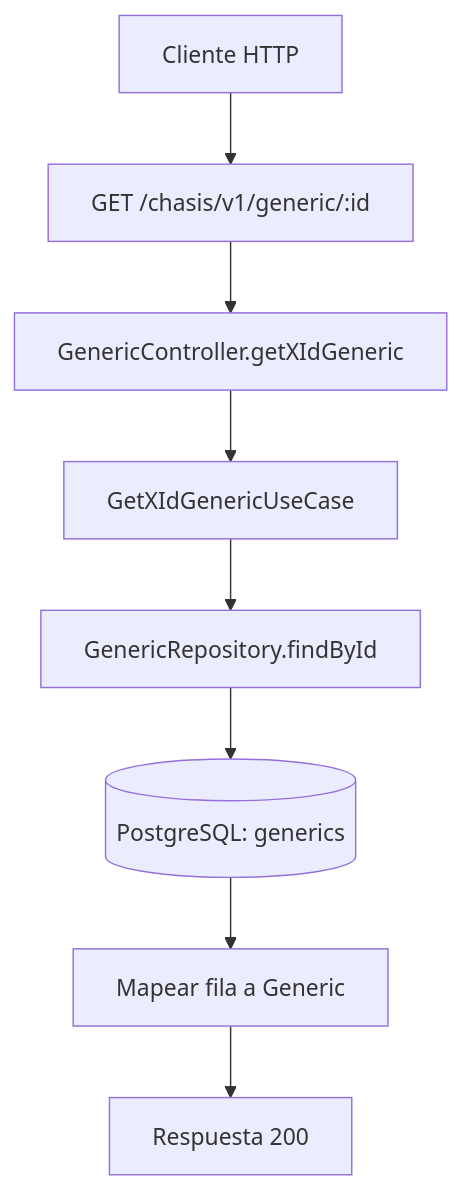
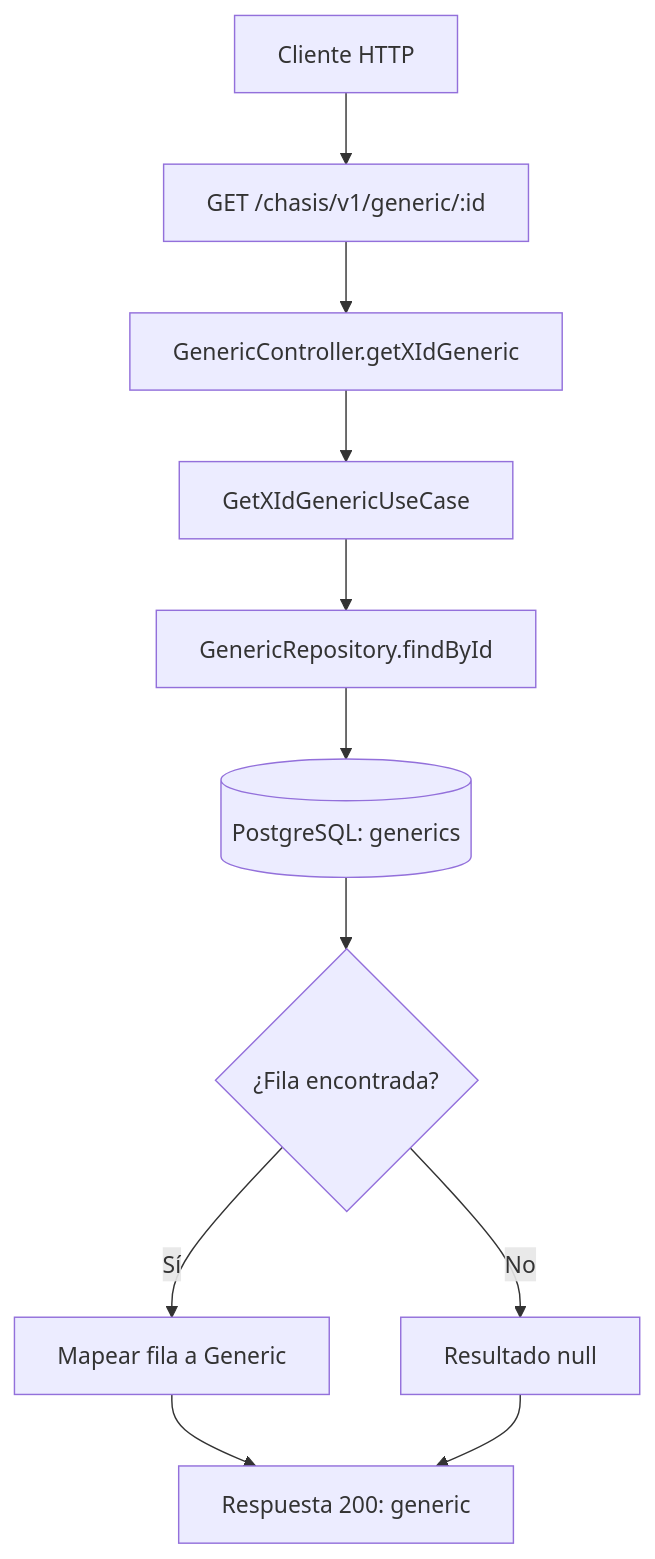
One commit to jac2206/chasis-express-ts changed the diagram in docs/use-case/get-generic-by-id.md. Above: the diagram before and after it, drawn with Mermaid. The commit also changed other lines of this file and 25 other files, not shown here.

````diff
--- a/docs/use-case/get-generic-by-id.md
+++ b/docs/use-case/get-generic-by-id.md
@@ -65,10 +65,13 @@
 ```mermaid
 flowchart TD
     A[Cliente HTTP] --> B[GET /chasis/v1/generic/:id]
     B --> C[GenericController.getXIdGeneric]
     C --> D[GetXIdGenericUseCase]
     D --> E[GenericRepository.findById]
     E --> F[(PostgreSQL: generics)]
-    F --> G[Mapear fila a Generic]
-    G --> H[Respuesta 200]
+    F --> G{¿Fila encontrada?}
+    G -- Sí --> H[Mapear fila a Generic]
+    G -- No --> I[Resultado null]
+    H --> J[Respuesta 200: generic]
+    I --> J
 ```
````
